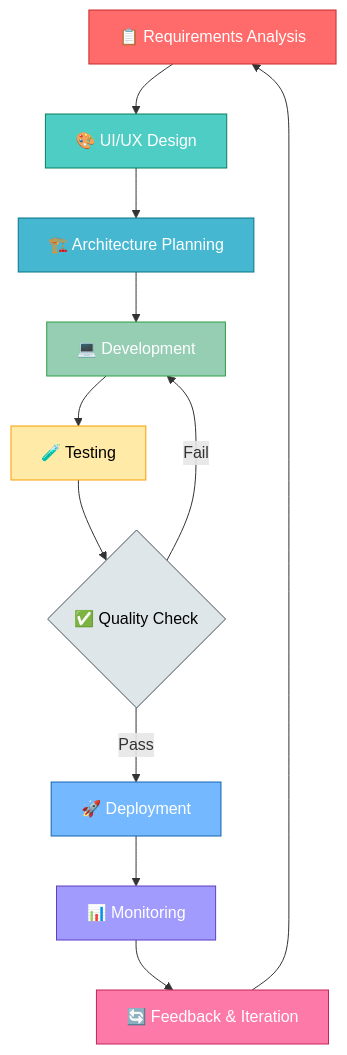
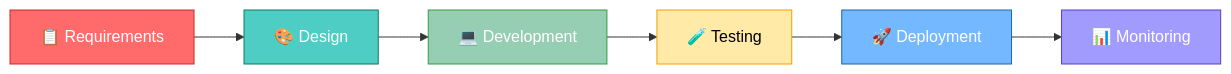
Before and after one commit to sahilGABANI/sahilGABANI: the diagram in README.md, drawn with Mermaid. The commit also changed other lines of this file, not shown here.

````diff
--- a/README.md
+++ b/README.md
@@ -240,23 +117,15 @@
 ```mermaid
-graph TD
-    A[📋 Requirements Analysis] --> B[🎨 UI/UX Design]
-    B --> C[🏗️ Architecture Planning]
-    C --> D[💻 Development]
-    D --> E[🧪 Testing]
-    E --> F{✅ Quality Check}
-    F -->|Pass| G[🚀 Deployment]
-    F -->|Fail| D
-    G --> H[📊 Monitoring]
-    H --> I[🔄 Feedback & Iteration]
-    I --> A
+graph LR
+    A[📋 Requirements] --> B[🎨 Design]
+    B --> C[💻 Development]
+    C --> D[🧪 Testing]
+    D --> E[🚀 Deployment]
+    E --> F[📊 Monitoring]
     
     style A fill:#ff6b6b,stroke:#c92a2a,color:#fff
     style B fill:#4ecdc4,stroke:#087f5b,color:#fff
-    style C fill:#45b7d1,stroke:#0b7285,color:#fff
-    style D fill:#96ceb4,stroke:#2f9e44,color:#fff
-    style E fill:#ffeaa7,stroke:#f59f00,color:#000
-    style F fill:#dfe6e9,stroke:#495057,color:#000
-    style G fill:#74b9ff,stroke:#1864ab,color:#fff
-    style H fill:#a29bfe,stroke:#5f3dc4,color:#fff
-    style I fill:#fd79a8,stroke:#c2255c,color:#fff
+    style C fill:#96ceb4,stroke:#2f9e44,color:#fff
+    style D fill:#ffeaa7,stroke:#f59f00,color:#000
+    style E fill:#74b9ff,stroke:#1864ab,color:#fff
+    style F fill:#a29bfe,stroke:#5f3dc4,color:#fff
 ```
````
